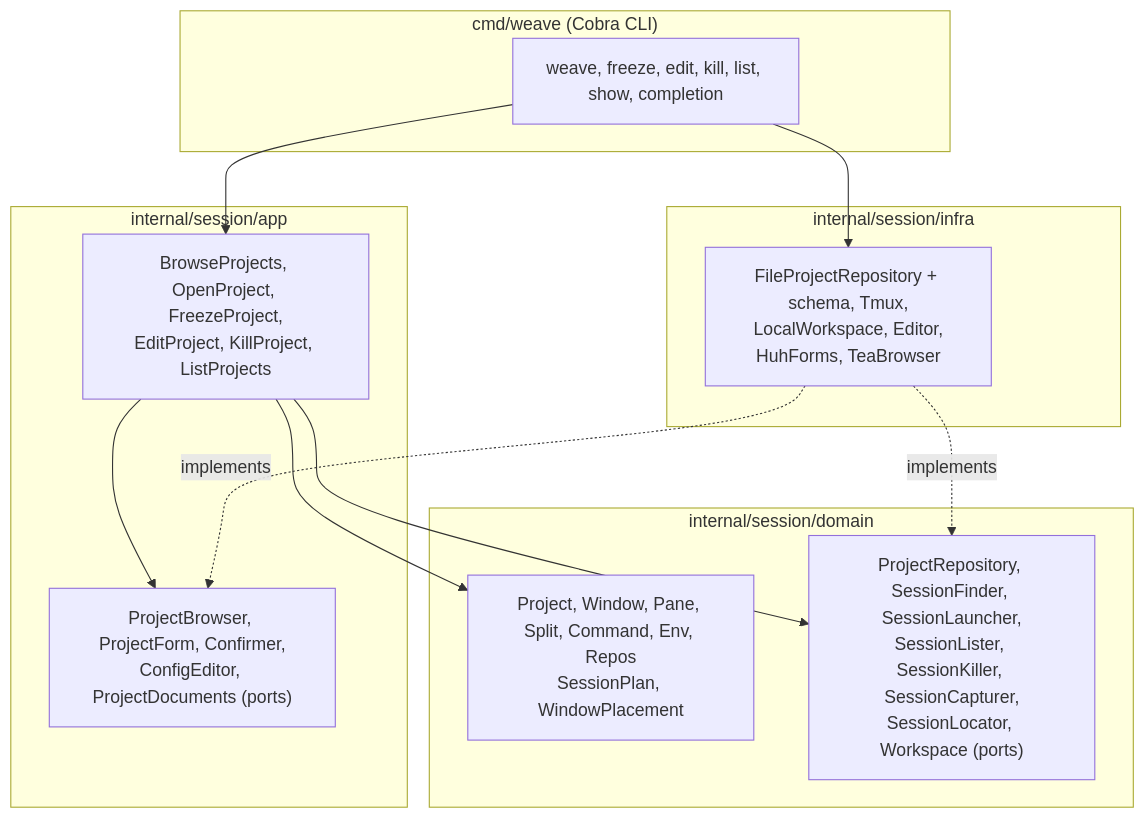
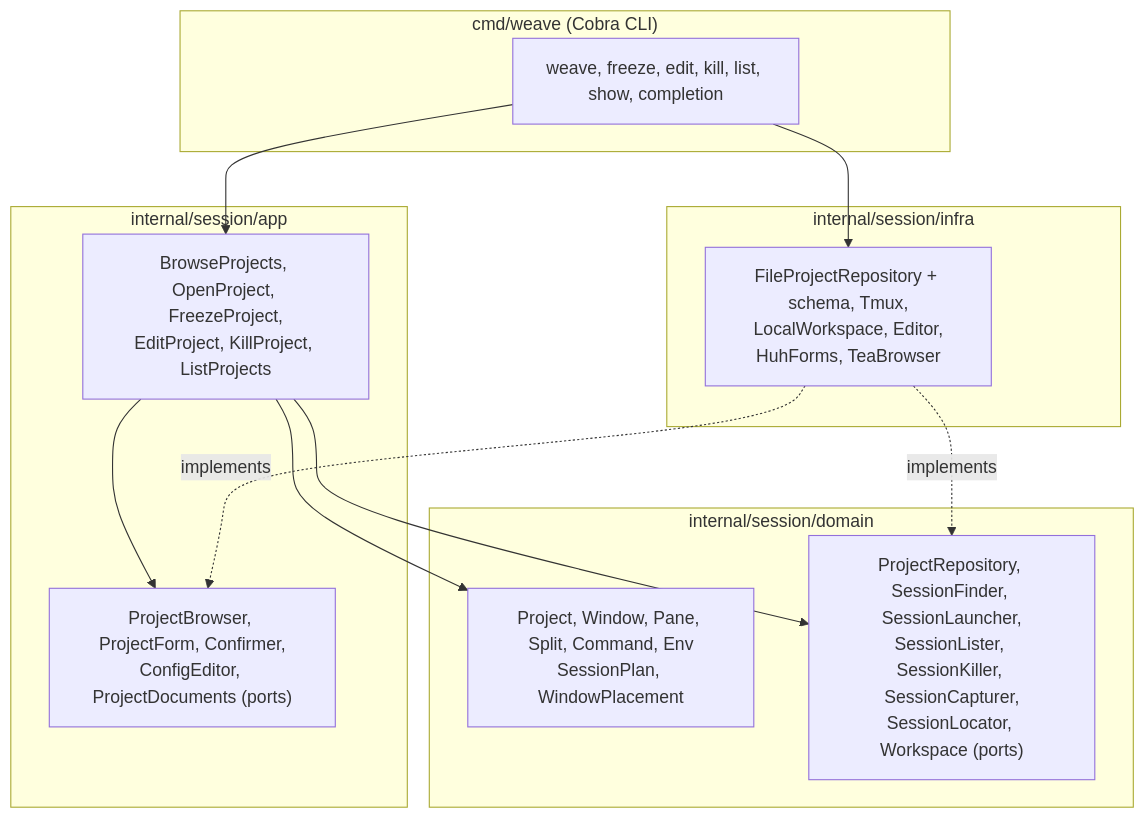
Before and after one commit to medilies/weaver: the diagram in README.md, drawn with Mermaid. The commit also changed other lines of this file and 22 other files, not shown here.

````diff
--- a/README.md
+++ b/README.md
@@ -204,25 +201,25 @@
 ```mermaid
 graph TD
     subgraph cmd["cmd/weave (Cobra CLI)"]
         CLI["weave, freeze, edit, kill, list, show, completion"]
     end
     subgraph app["internal/session/app"]
         UC["BrowseProjects, OpenProject, FreezeProject,<br/>EditProject, KillProject, ListProjects"]
         AP["ProjectBrowser, ProjectForm, Confirmer,<br/>ConfigEditor, ProjectDocuments (ports)"]
     end
     subgraph domain["internal/session/domain"]
-        M["Project, Window, Pane, Split, Command, Env, Repos<br/>SessionPlan, WindowPlacement"]
+        M["Project, Window, Pane, Split, Command, Env<br/>SessionPlan, WindowPlacement"]
         DP["ProjectRepository, SessionFinder, SessionLauncher,<br/>SessionLister, SessionKiller, SessionCapturer,<br/>SessionLocator, Workspace (ports)"]
     end
     subgraph infra["internal/session/infra"]
         A["FileProjectRepository + schema, Tmux,<br/>LocalWorkspace, Editor,<br/>HuhForms, TeaBrowser"]
     end
 
     CLI --> UC
     CLI --> A
     UC --> M
     UC --> DP
     UC --> AP
     A -.implements.-> DP
     A -.implements.-> AP
 ```
````
